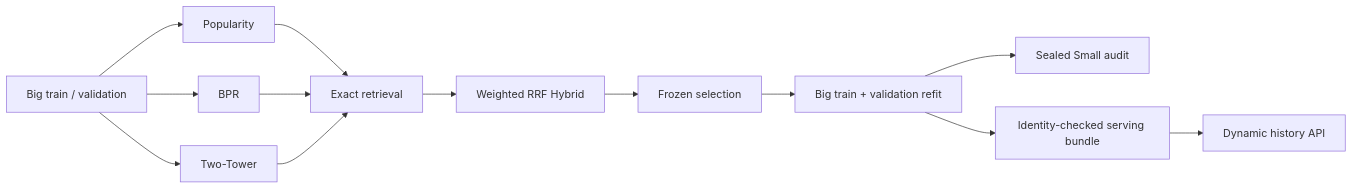
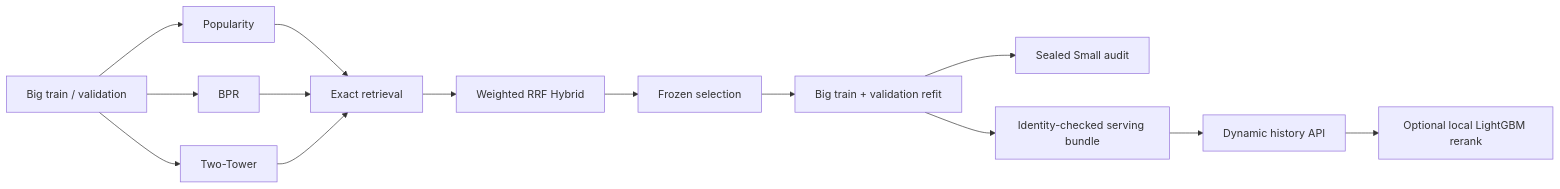
Before and after one commit to Rockyeast/short-video-two-tower-recommender: the diagram in README.md, drawn with Mermaid. The commit also changed other lines of this file and 4 other files, not shown here.

````diff
--- a/README.md
+++ b/README.md
@@ -36,15 +36,16 @@
 ```mermaid
 flowchart LR
     A[Big train / validation] --> B[Popularity]
     A --> C[BPR]
     A --> D[Two-Tower]
     B --> E[Exact retrieval]
     C --> E
     D --> E
     E --> F[Weighted RRF Hybrid]
     F --> G[Frozen selection]
     G --> H[Big train + validation refit]
     H --> I[Sealed Small audit]
     H --> J[Identity-checked serving bundle]
     J --> K[Dynamic history API]
+    K --> L[Optional local LightGBM rerank]
 ```
````
